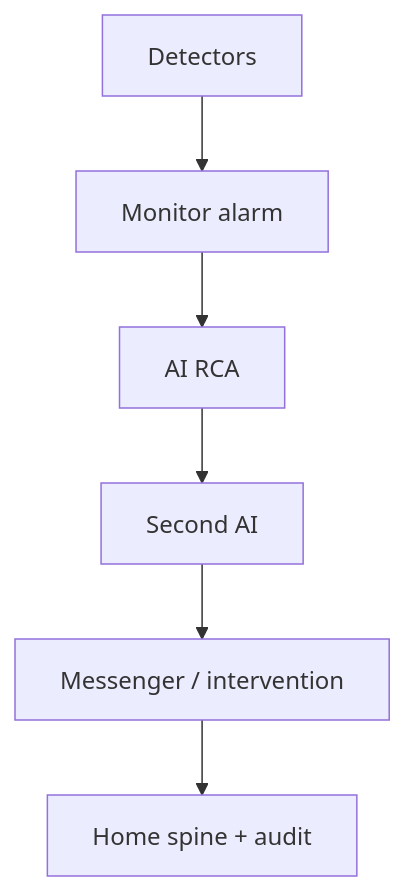
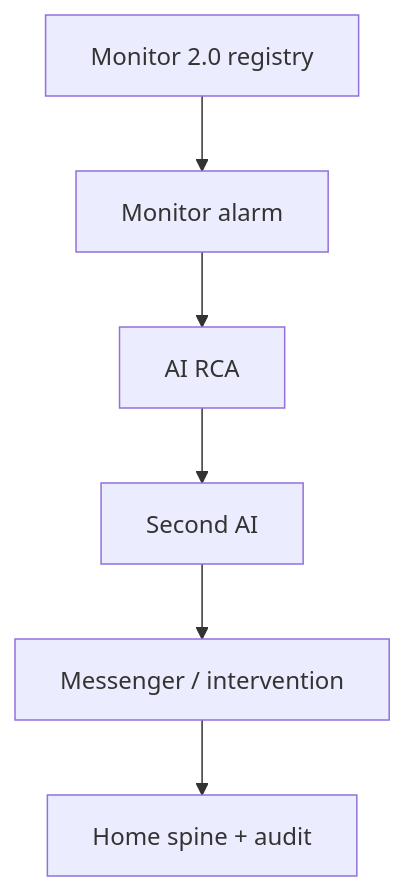
The third of 6 diagrams in platform/docs/TSD.md (hxyan2020/PRD), drawn with Mermaid before and after one commit. The commit also changed other lines of this file and 3 other files, not shown here.

````diff
--- a/platform/docs/TSD.md
+++ b/platform/docs/TSD.md
@@ -86,8 +86,8 @@
 ```mermaid
 graph TD
-  Detectors[Detectors] --> Alarm[Monitor alarm]
+  M2[Monitor 2.0 registry] --> Alarm[Monitor alarm]
   Alarm --> RCA[AI RCA]
   RCA --> Challenger[Second AI]
   Challenger --> Messenger[Messenger / intervention]
   Messenger --> Spine[Home spine + audit]
 ```
````
